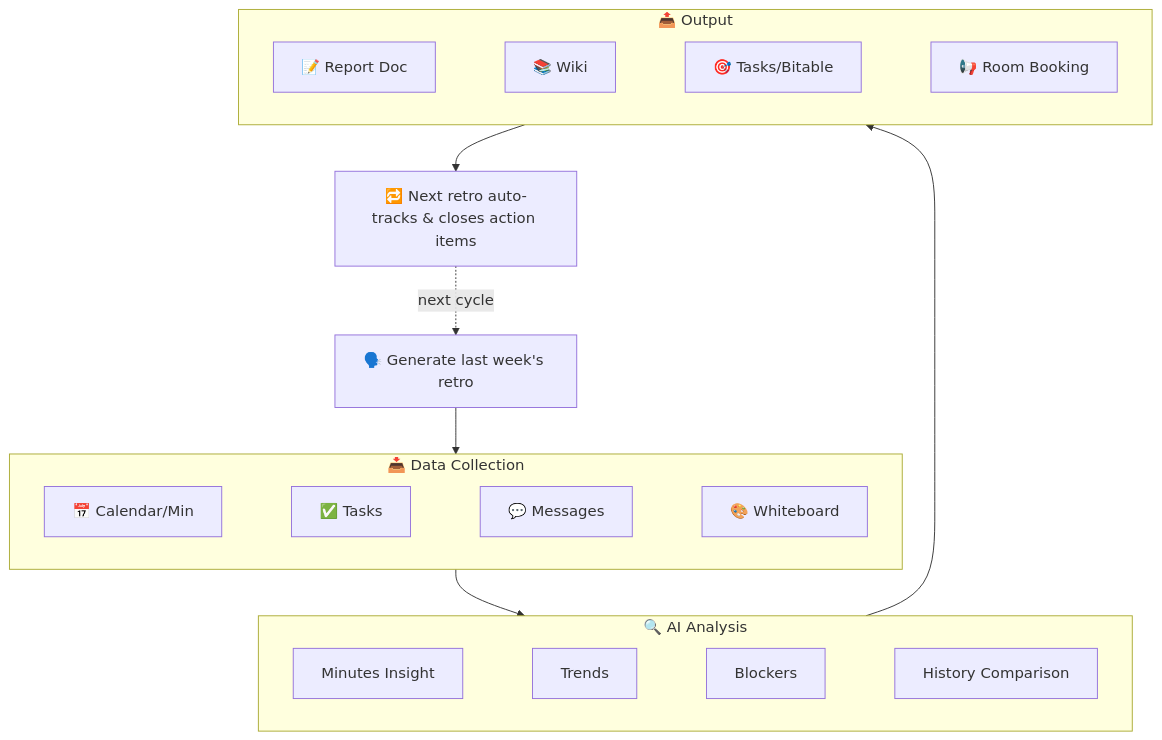
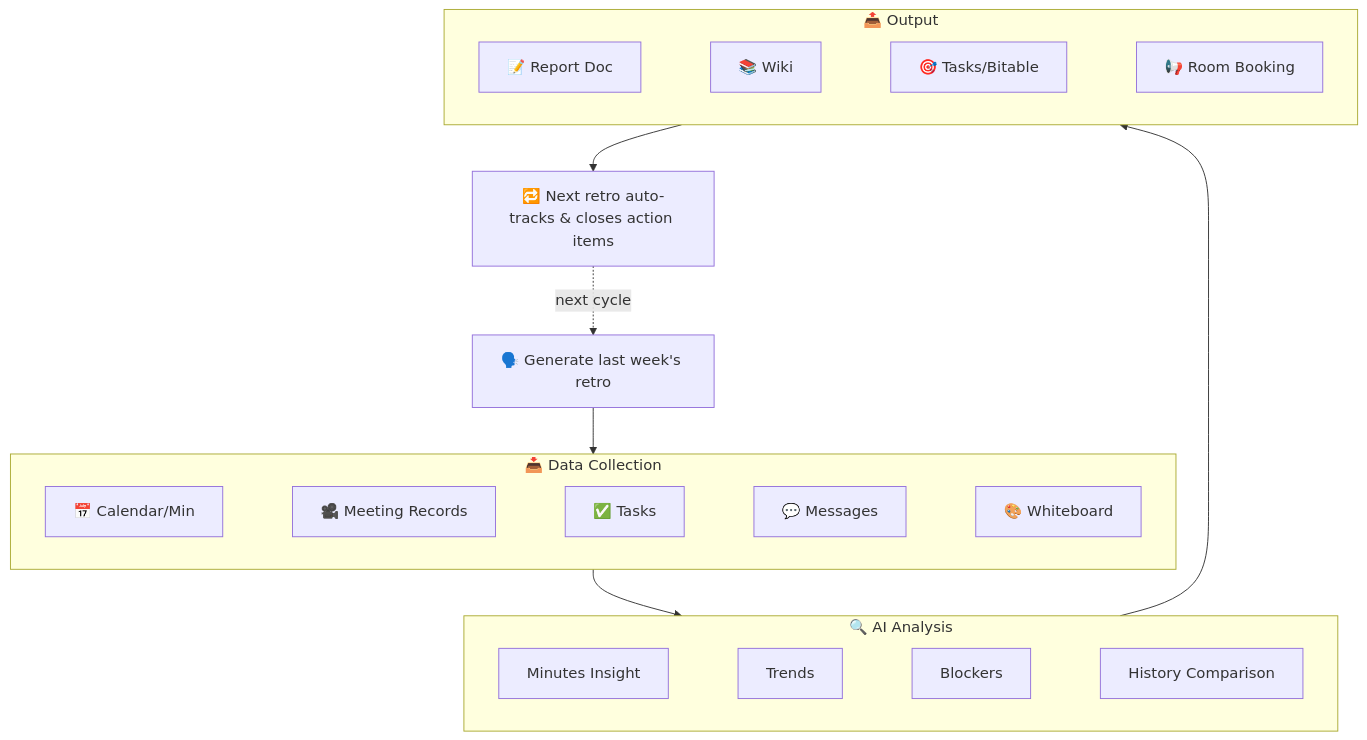
One commit to gkzzhs/lark-retro changed the diagram in README_EN.md. Above: the diagram before and after it, drawn with Mermaid. The commit also changed other lines of this file and 4 other files, not shown here.

````diff
--- a/README_EN.md
+++ b/README_EN.md
@@ -46,26 +48,26 @@
 ```mermaid
 flowchart TB
     User["🗣️ Generate last week's retro"] --> Collect
 
     subgraph Collect["📥 Data Collection"]
         direction LR
-        C1["📅 Calendar/Min"] ~~~ C2["✅ Tasks"] ~~~ C3["💬 Messages"] ~~~ C4["🎨 Whiteboard"]
+        C1["📅 Calendar/Min"] ~~~ C2["🎥 Meeting Records"] ~~~ C3["✅ Tasks"] ~~~ C4["💬 Messages"] ~~~ C5["🎨 Whiteboard"]
     end
 
     Collect --> Analyze
 
     subgraph Analyze["🔍 AI Analysis"]
         direction LR
         A1["Minutes Insight"] ~~~ A2["Trends"] ~~~ A3["Blockers"] ~~~ A4["History Comparison"]
     end
 
     Analyze --> Output
 
     subgraph Output["📤 Output"]
         direction LR
         O1["📝 Report Doc"] ~~~ O2["📚 Wiki"] ~~~ O3["🎯 Tasks/Bitable"] ~~~ O4["📢 Room Booking"]
     end
 
     Output --> Loop["🔁 Next retro auto-tracks & closes action items"]
     Loop -.->|"next cycle"| User
 ```
````
